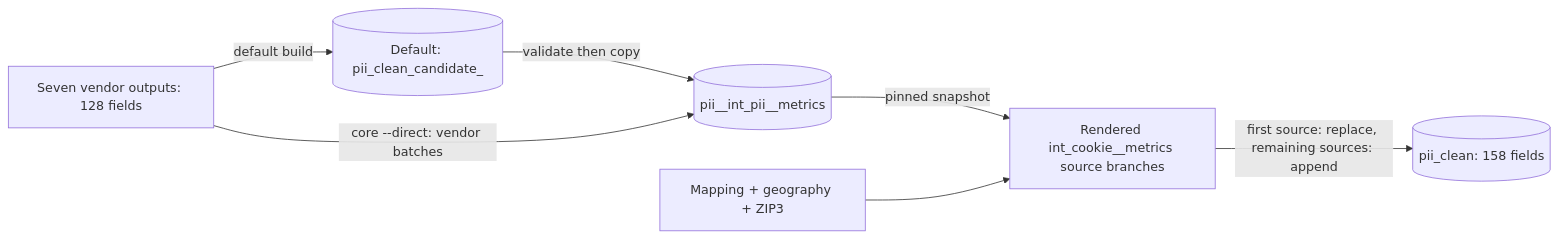
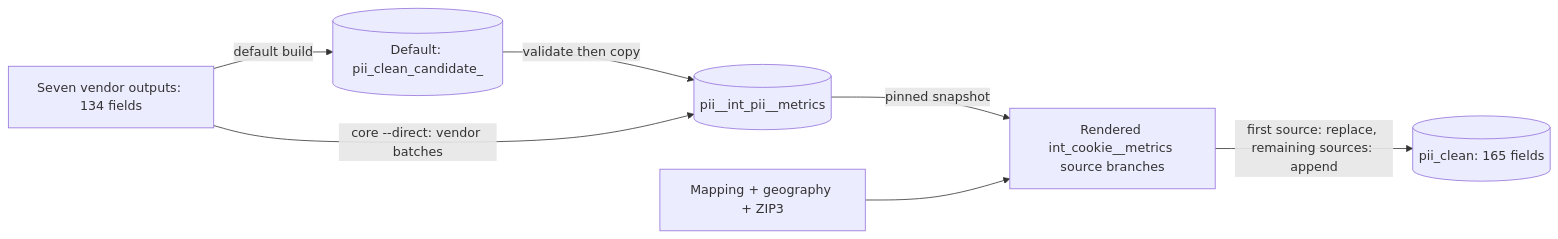
Before and after one commit to pp-jteixeira/nscreen-identity-resolution: the third of 3 diagrams in vendor_quality_measurement/pii_clean/docs/table_dependencies.md, drawn with Mermaid. The commit also changed other lines of this file and 183 other files, not shown here.

First line of the commit message:
Publish pii_clean at one row per source/email/NPI link

````diff
--- a/vendor_quality_measurement/pii_clean/docs/table_dependencies.md
+++ b/vendor_quality_measurement/pii_clean/docs/table_dependencies.md
@@ -138,15 +136,15 @@
 ```mermaid
 flowchart LR
-  vendors["Seven vendor outputs: 128 fields"]
+  vendors["Seven vendor outputs: 134 fields"]
   candidate[("Default: pii_clean_candidate_<id>")]
   core[("pii__int_pii__metrics")]
   cookie["Rendered int_cookie__metrics source branches"]
   feeds["Mapping + geography + ZIP3"]
-  final[("pii_clean: 158 fields")]
+  final[("pii_clean: 165 fields")]
   vendors -->|default build| candidate
   candidate -->|validate then copy| core
   vendors -->|core --direct: vendor batches| core
   core -->|pinned snapshot| cookie
   feeds --> cookie
   cookie -->|first source: replace, remaining sources: append| final
 ```
````
